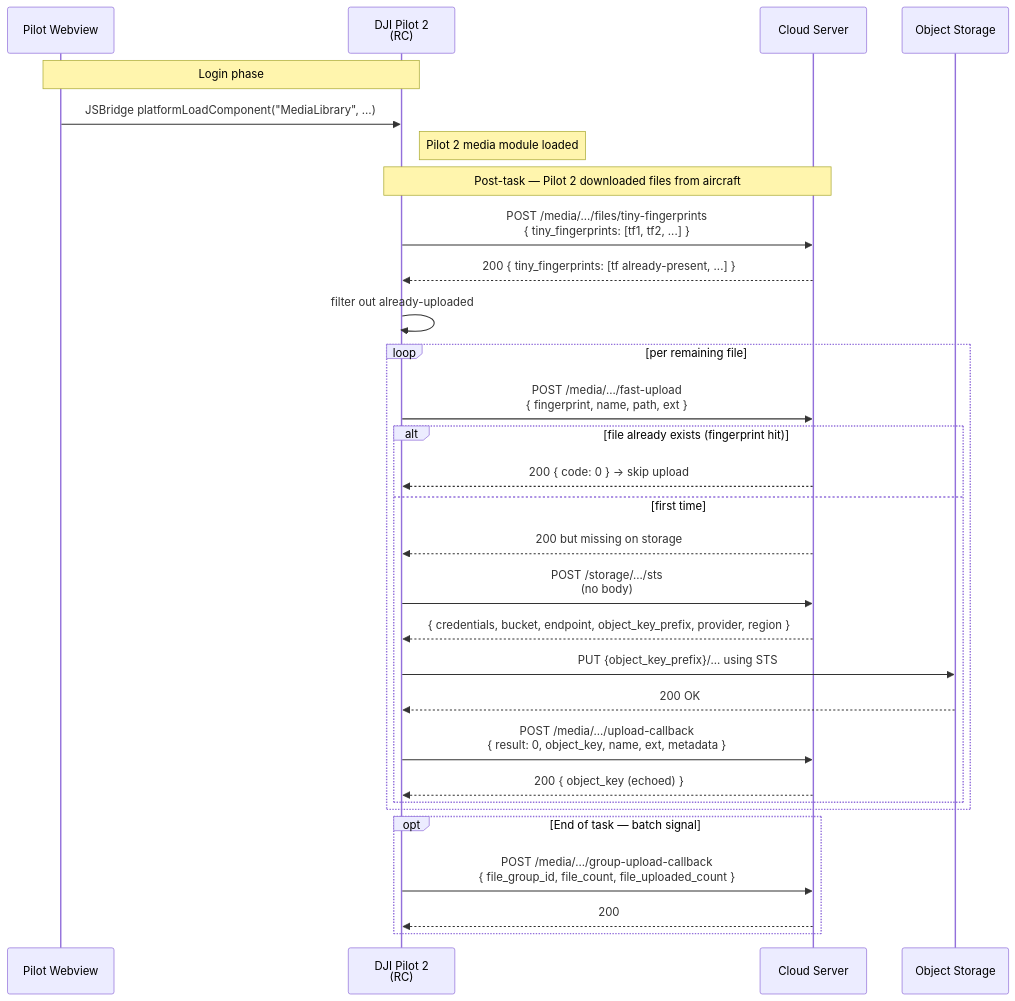
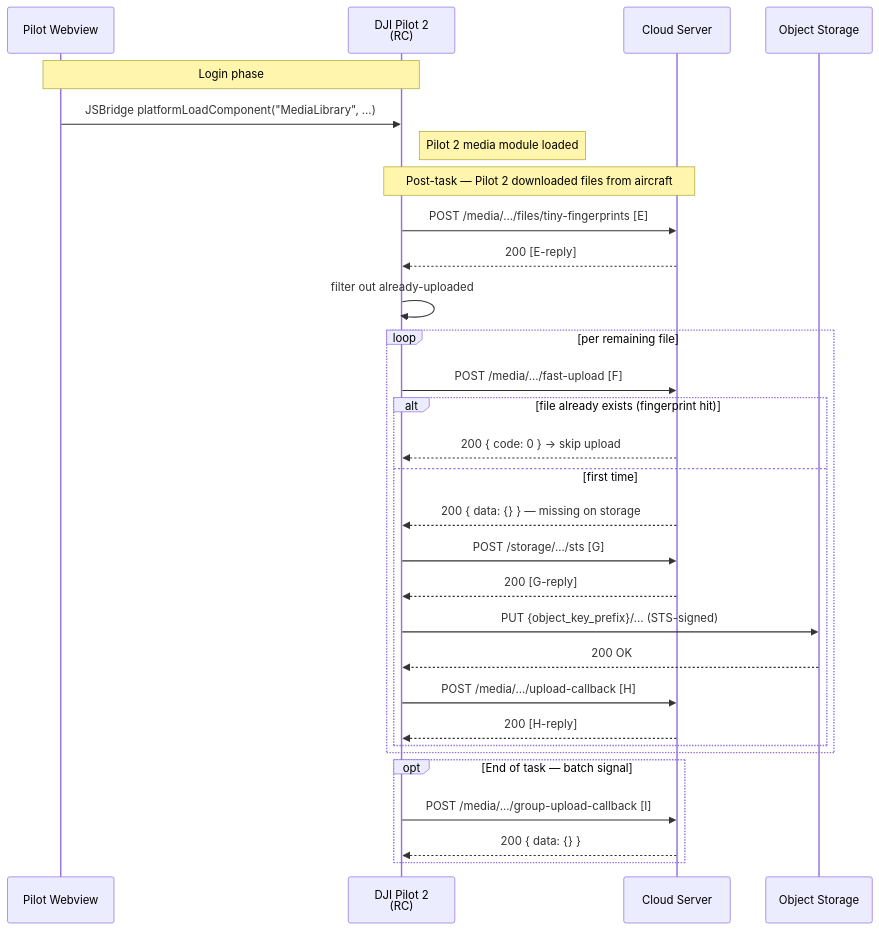
One commit to larry-watkins-wps/DJI-docs-master changed the second of 2 diagrams in master-docs/workflows/media-upload-from-dock.md. Above: the diagram before and after it, drawn with Mermaid. The commit also changed other lines of this file and 10 other files, not shown here.

First line of the commit message:
docs: beautify workflow mermaid diagrams with separate JSON payload blocks

````diff
--- a/master-docs/workflows/media-upload-from-dock.md
+++ b/master-docs/workflows/media-upload-from-dock.md
@@ -85,36 +207,36 @@
 ```mermaid
 sequenceDiagram
     participant webview as Pilot Webview
     participant pilot as DJI Pilot 2<br/>(RC)
     participant cloud as Cloud Server
     participant oss as Object Storage
 
     note over webview,pilot: Login phase
     webview ->> pilot: JSBridge platformLoadComponent("MediaLibrary", …)
     note right of pilot: Pilot 2 media module loaded
 
     note over pilot,cloud: Post-task — Pilot 2 downloaded files from aircraft
-    pilot ->> cloud: POST /media/.../files/tiny-fingerprints<br/>{ tiny_fingerprints: [tf1, tf2, ...] }
-    cloud -->> pilot: 200 { tiny_fingerprints: [tf already-present, ...] }
+    pilot ->> cloud: POST /media/.../files/tiny-fingerprints   [E]
+    cloud -->> pilot: 200   [E-reply]
     pilot ->> pilot: filter out already-uploaded
 
     loop per remaining file
-        pilot ->> cloud: POST /media/.../fast-upload<br/>{ fingerprint, name, path, ext }
+        pilot ->> cloud: POST /media/.../fast-upload   [F]
         alt file already exists (fingerprint hit)
             cloud -->> pilot: 200 { code: 0 } → skip upload
         else first time
-            cloud -->> pilot: 200 but missing on storage
-            pilot ->> cloud: POST /storage/.../sts<br/>(no body)
-            cloud -->> pilot: { credentials, bucket, endpoint, object_key_prefix, provider, region }
-            pilot ->> oss: PUT {object_key_prefix}/... using STS
+            cloud -->> pilot: 200 { data: {} } — missing on storage
+            pilot ->> cloud: POST /storage/.../sts   [G]
+            cloud -->> pilot: 200   [G-reply]
+            pilot ->> oss: PUT {object_key_prefix}/… (STS-signed)
             oss -->> pilot: 200 OK
-            pilot ->> cloud: POST /media/.../upload-callback<br/>{ result: 0, object_key, name, ext, metadata }
-            cloud -->> pilot: 200 { object_key (echoed) }
+            pilot ->> cloud: POST /media/.../upload-callback   [H]
+            cloud -->> pilot: 200   [H-reply]
         end
     end
 
     opt End of task — batch signal
-        pilot ->> cloud: POST /media/.../group-upload-callback<br/>{ file_group_id, file_count, file_uploaded_count }
-        cloud -->> pilot: 200
+        pilot ->> cloud: POST /media/.../group-upload-callback   [I]
+        cloud -->> pilot: 200 { data: {} }
     end
 ```
````
